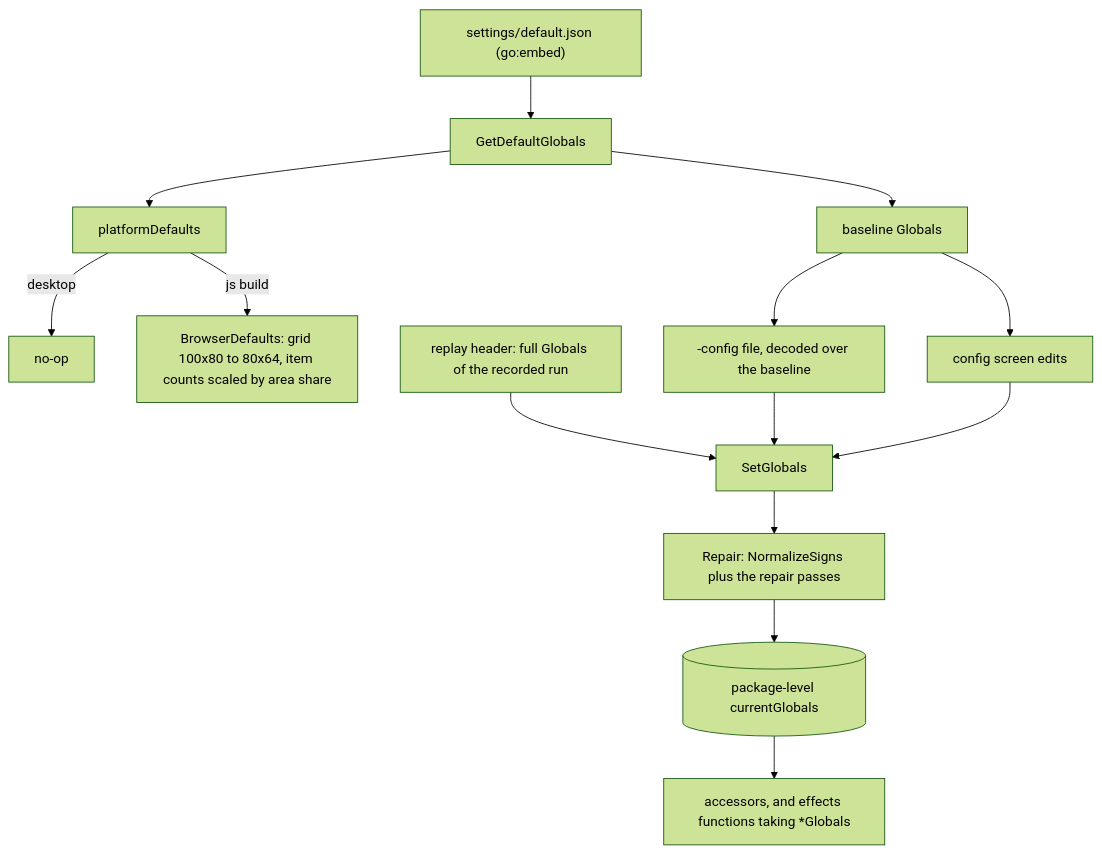
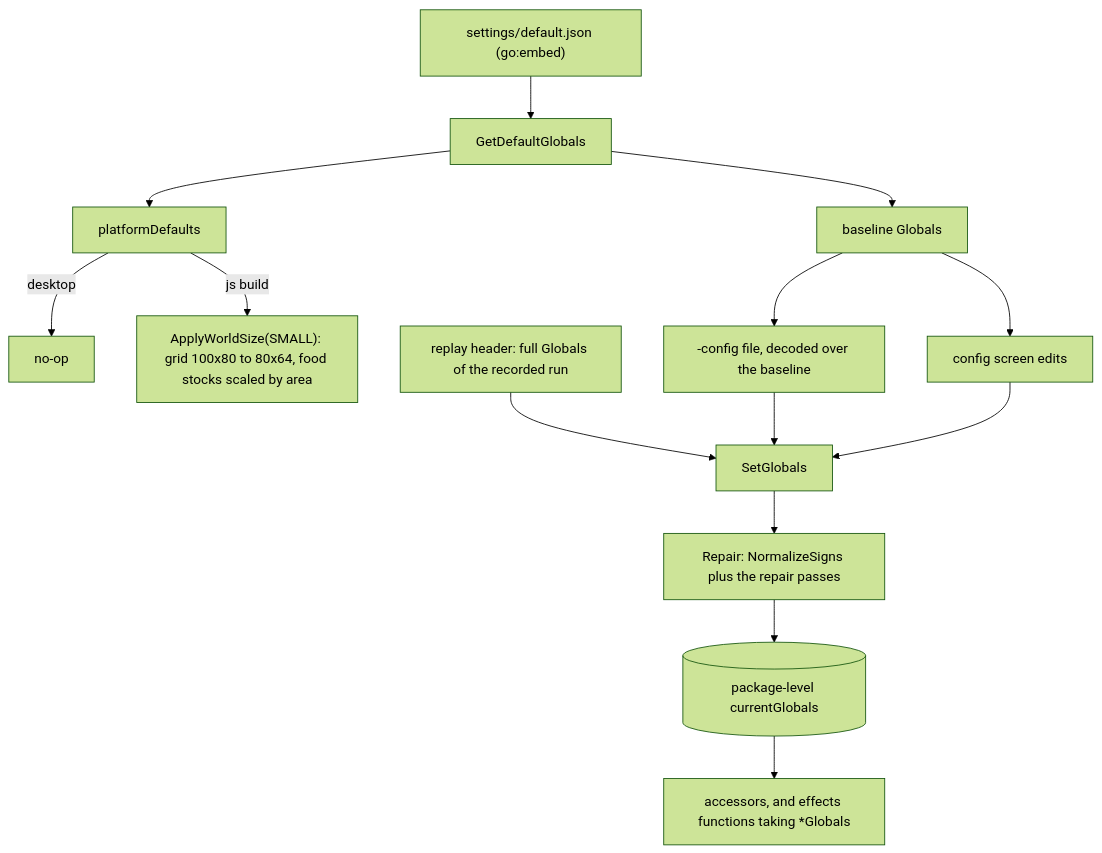
One commit to Zebbeni/protozoa changed the third of 9 diagrams in ARCHITECTURE.md. Above: the diagram before and after it, drawn with Mermaid (forest theme). The commit also changed other lines of this file and 3 other files, not shown here.

````diff
--- a/ARCHITECTURE.md
+++ b/ARCHITECTURE.md
@@ -123,16 +123,16 @@
 ```mermaid
 flowchart TD
     E["settings/default.json (go:embed)"] --> GD[GetDefaultGlobals]
     GD --> PD[platformDefaults]
     PD -->|desktop| NOOP[no-op]
-    PD -->|js build| BD["BrowserDefaults: grid 100x80 to 80x64, item counts scaled by area share"]
+    PD -->|js build| BD["ApplyWorldSize(SMALL): grid 100x80 to 80x64, food stocks scaled by area"]
     GD --> BASE[baseline Globals]
     BASE --> CF["-config file, decoded over the baseline"]
     BASE --> SCR[config screen edits]
     RH["replay header: full Globals of the recorded run"] --> SG
     CF --> SG[SetGlobals]
     SCR --> SG
     SG --> REP["Repair: NormalizeSigns plus the repair passes"]
     REP --> CUR[(package-level currentGlobals)]
     CUR --> ACC["accessors, and effects functions taking *Globals"]
 ```
````
